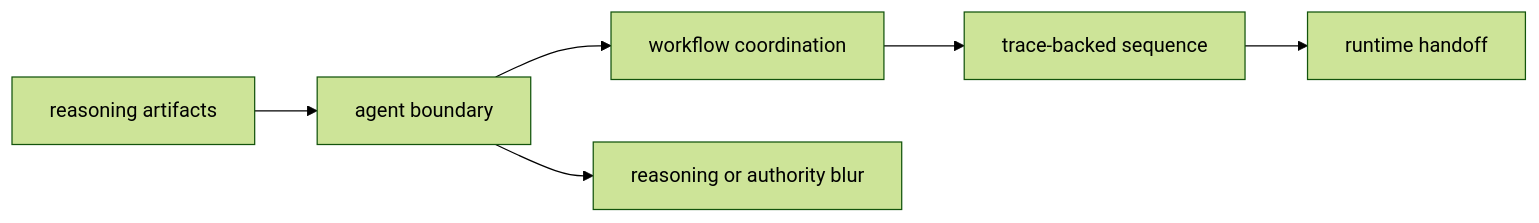
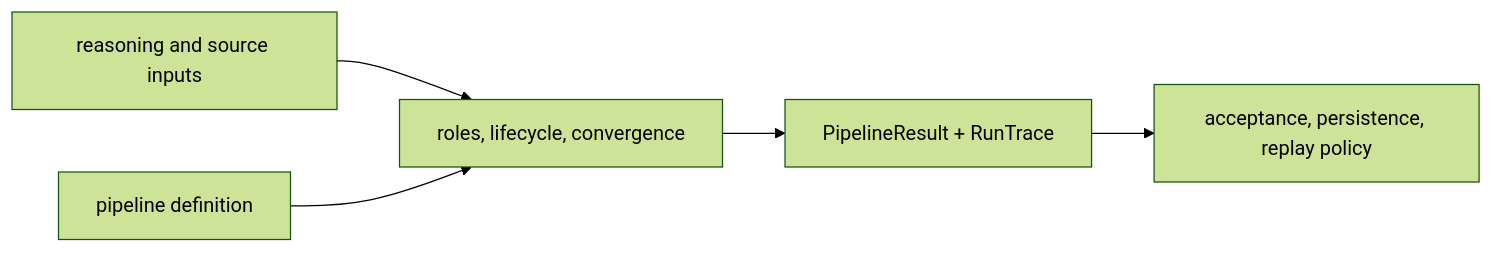
One commit to bijux/bijux-canon changed the diagram in docs/05-bijux-canon-agent/foundation/index.md. Above: the diagram before and after it, drawn with Mermaid (forest theme). The commit also changed other lines of this file and 3 other files, not shown here.

Commit message:
docs(agent): expose orchestration and trace semantics

````diff
--- a/docs/05-bijux-canon-agent/foundation/index.md
+++ b/docs/05-bijux-canon-agent/foundation/index.md
@@ -16,12 +18,11 @@
 ```mermaid
 flowchart LR
-    artifacts["reasoning artifacts"]
-    package["agent boundary"]
-    workflow["workflow coordination"]
-    trace["trace-backed sequence"]
-    handoff["runtime handoff"]
-    blur["reasoning or authority blur"]
+    evidence["reasoning and source inputs"]
+    definition["pipeline definition"]
+    agent["roles, lifecycle, convergence"]
+    trace["PipelineResult + RunTrace"]
+    runtime["acceptance, persistence, replay policy"]
 
-    artifacts --> package --> workflow --> trace --> handoff
-    package --> blur
+    evidence --> agent
+    definition --> agent --> trace --> runtime
 ```
````
